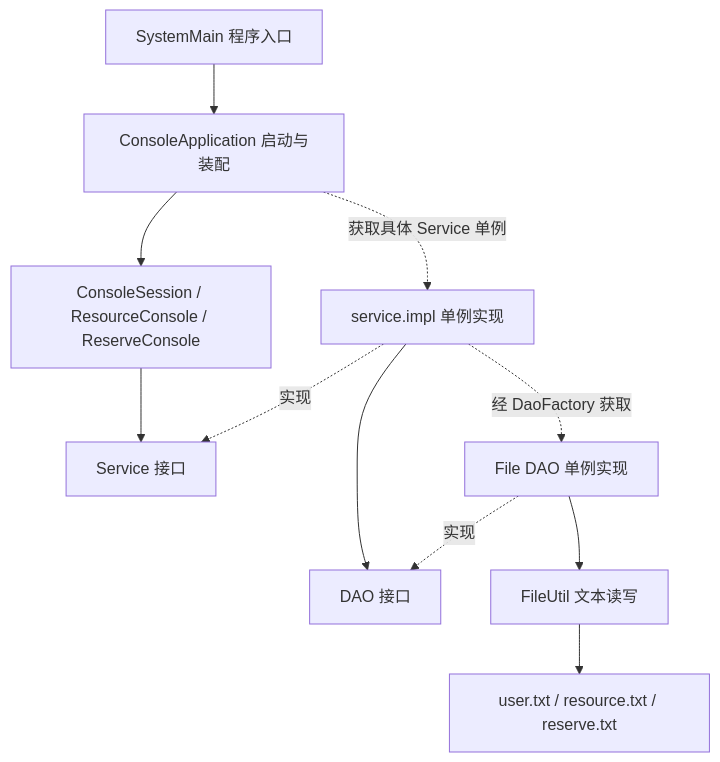
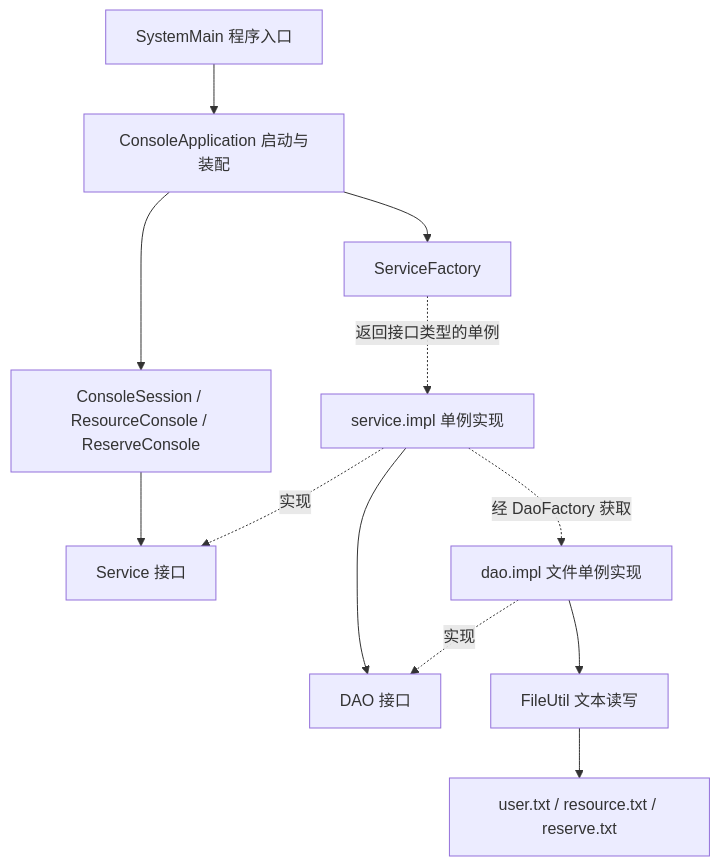
The diagram in docs/study/V3.3-课程答辩问答/00-阅读导航与核心知识.md (NobelKing0126/software-construction), drawn with Mermaid before and after one commit. The commit also changed other lines of this file and 13 other files, not shown here.

````diff
--- a/docs/study/V3.3-课程答辩问答/00-阅读导航与核心知识.md
+++ b/docs/study/V3.3-课程答辩问答/00-阅读导航与核心知识.md
@@ -24,13 +24,14 @@
 ```mermaid
 flowchart TD
     A[SystemMain 程序入口] --> B[ConsoleApplication 启动与装配]
     B --> C[ConsoleSession / ResourceConsole / ReserveConsole]
     C --> D[Service 接口]
     E[service.impl 单例实现] -. 实现 .-> D
     E --> F[DAO 接口]
-    G[File DAO 单例实现] -. 实现 .-> F
+    G[dao.impl 文件单例实现] -. 实现 .-> F
     G --> H[FileUtil 文本读写]
     H --> I[user.txt / resource.txt / reserve.txt]
-    B -. 获取具体 Service 单例 .-> E
+    B --> J[ServiceFactory]
+    J -. 返回接口类型的单例 .-> E
     E -. 经 DaoFactory 获取 .-> G
 ```
````
